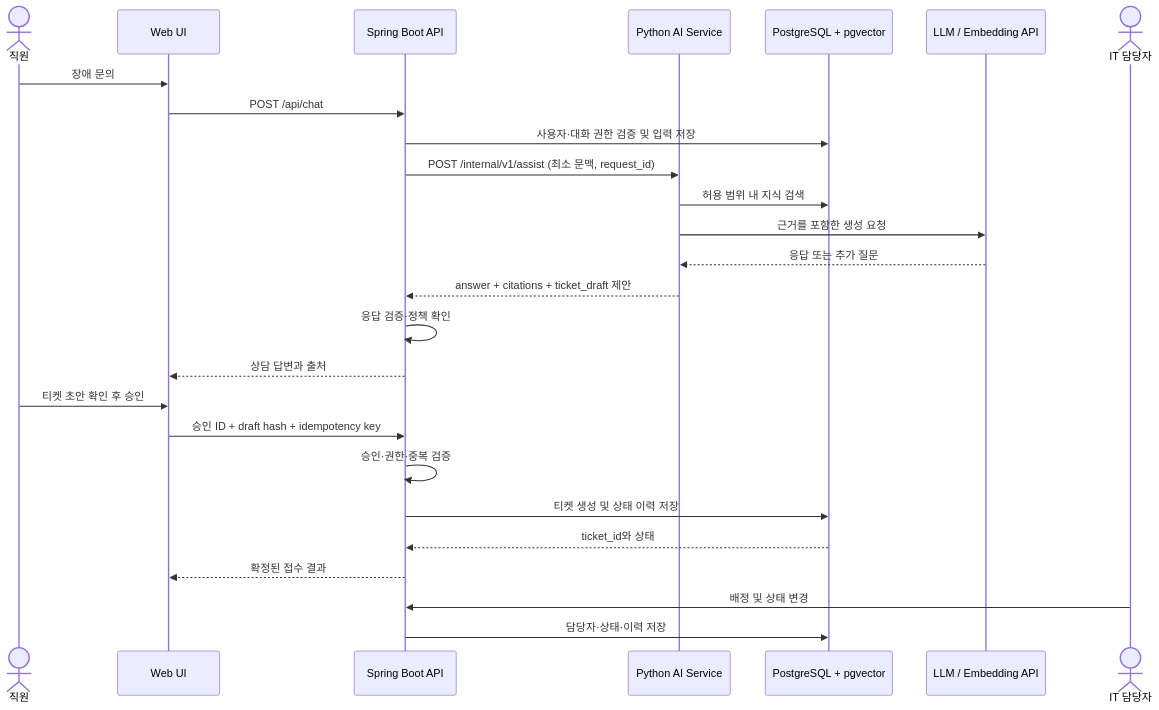
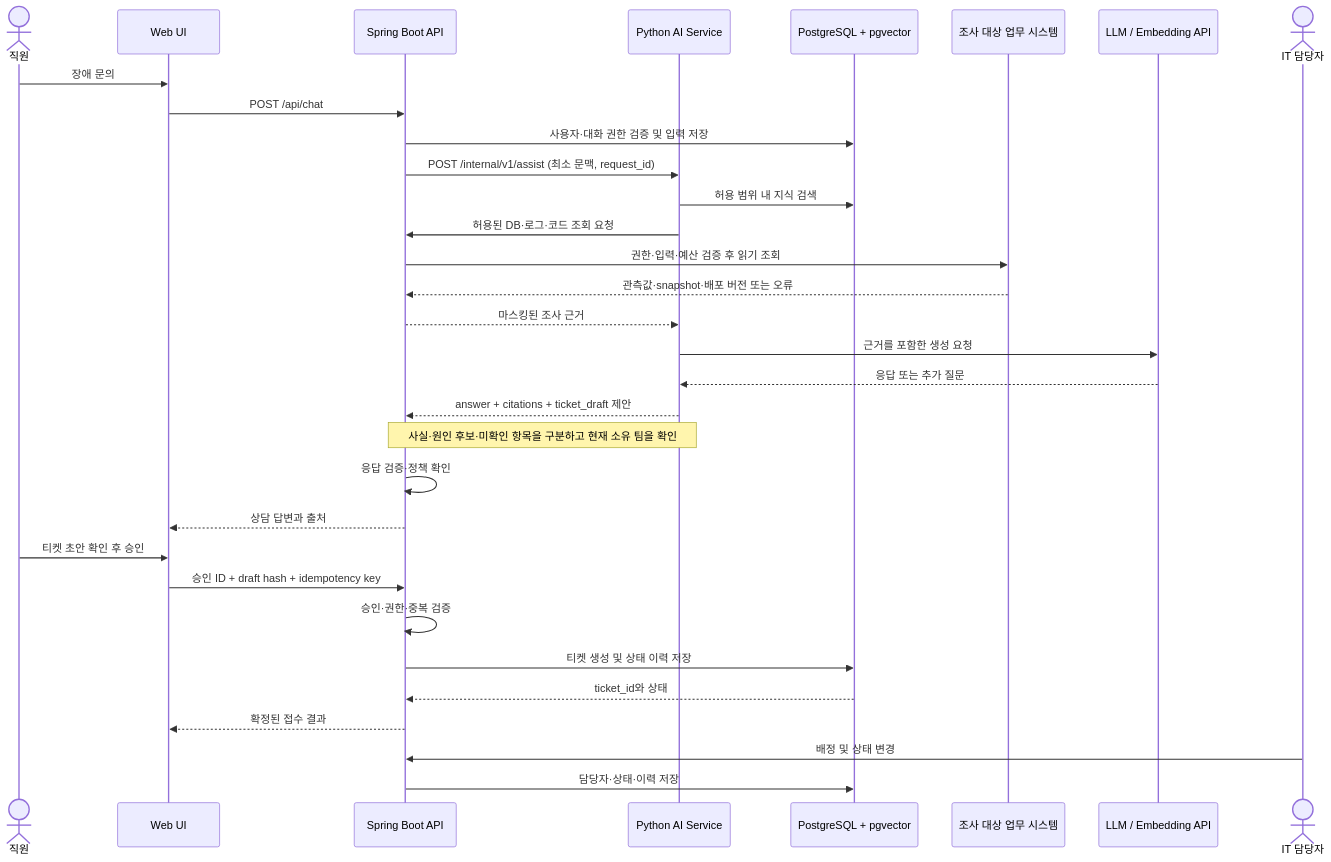
One commit to Jhanoo/hanwha_final changed the second of 2 diagrams in docs/architecture.md. Above: the diagram before and after it, drawn with Mermaid. The commit also changed other lines of this file and 18 other files, not shown here.

````diff
--- a/docs/architecture.md
+++ b/docs/architecture.md
@@ -69,30 +76,36 @@
 ```mermaid
 sequenceDiagram
     actor E as 직원
     participant UI as Web UI
     participant S as Spring Boot API
     participant A as Python AI Service
     participant DB as PostgreSQL + pgvector
+    participant SYS as 조사 대상 업무 시스템
     participant L as LLM / Embedding API
     actor O as IT 담당자
 
     E->>UI: 장애 문의
     UI->>S: POST /api/chat
     S->>DB: 사용자·대화 권한 검증 및 입력 저장
     S->>A: POST /internal/v1/assist (최소 문맥, request_id)
     A->>DB: 허용 범위 내 지식 검색
+    A->>S: 허용된 DB·로그·코드 조회 요청
+    S->>SYS: 권한·입력·예산 검증 후 읽기 조회
+    SYS-->>S: 관측값·snapshot·배포 버전 또는 오류
+    S-->>A: 마스킹된 조사 근거
     A->>L: 근거를 포함한 생성 요청
     L-->>A: 응답 또는 추가 질문
     A-->>S: answer + citations + ticket_draft 제안
+    Note over A,S: 사실·원인 후보·미확인 항목을 구분하고 현재 소유 팀을 확인
     S->>S: 응답 검증·정책 확인
     S-->>UI: 상담 답변과 출처
 
     E->>UI: 티켓 초안 확인 후 승인
     UI->>S: 승인 ID + draft hash + idempotency key
     S->>S: 승인·권한·중복 검증
     S->>DB: 티켓 생성 및 상태 이력 저장
     DB-->>S: ticket_id와 상태
     S-->>UI: 확정된 접수 결과
     O->>S: 배정 및 상태 변경
     S->>DB: 담당자·상태·이력 저장
 ```
````
